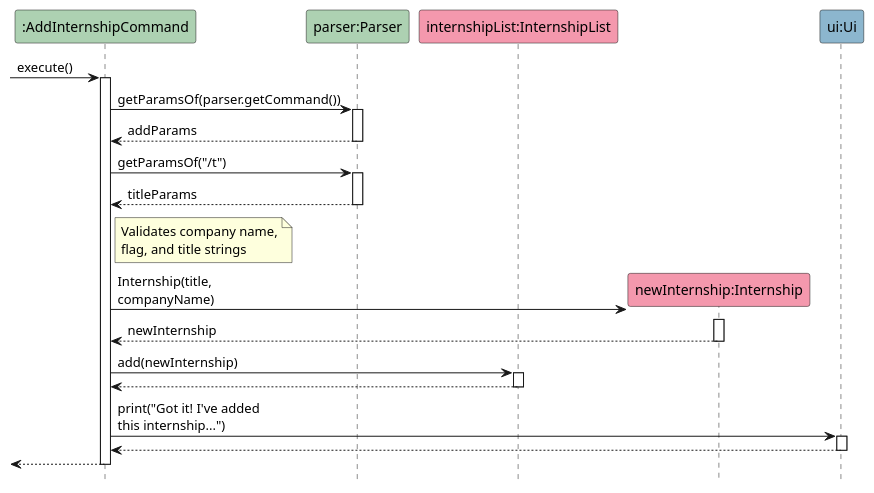
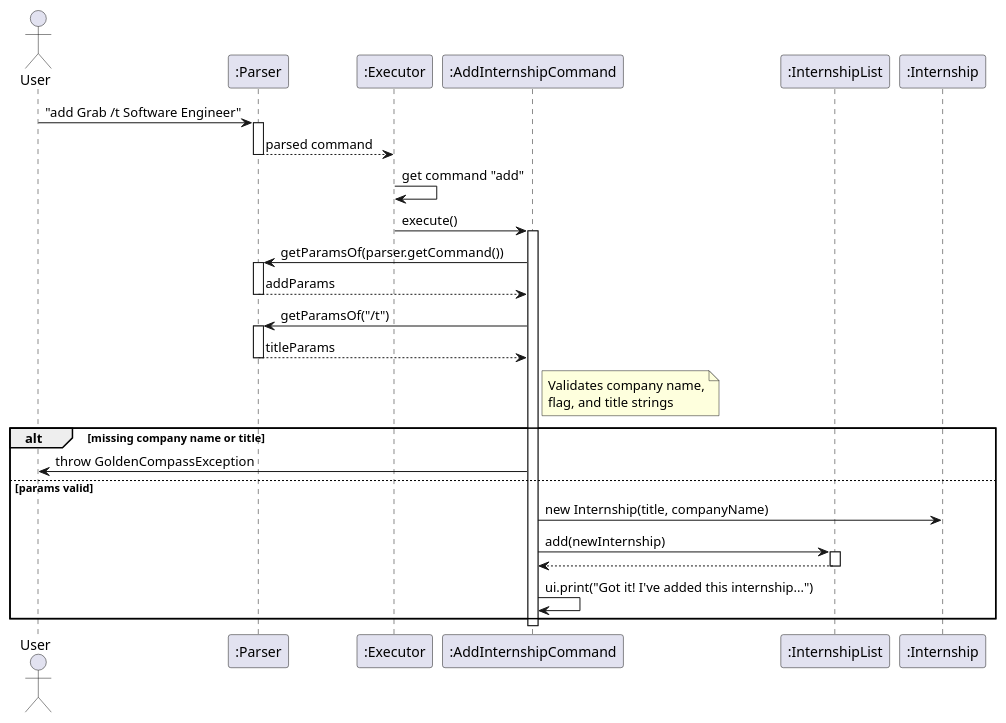
The diagram in docs/diagrams/AddInternshipCommandSequenceDiagram.puml (AY2526S2-CS2113-W10-4/tp), drawn with PlantUML before and after one commit. The commit also changed 11 other files, not shown here.

Commit message:
fixed sequence diagram format

```diff
--- a/docs/diagrams/AddInternshipCommandSequenceDiagram.puml
+++ b/docs/diagrams/AddInternshipCommandSequenceDiagram.puml
@@ -1,48 +1,45 @@
 @startuml
-hide footbox
-skinparam maxMessageSize 150
+actor User
+participant ":Parser" as Parser
+participant ":Executor" as Exec
+participant ":AddInternshipCommand" as Cmd
+participant ":InternshipList" as List
+participant ":Internship" as Intern
 
-participant ":AddInternshipCommand" as AddInternshipCommand #ADD1B2
-participant "parser:Parser" as Parser #ADD1B2
-participant "internshipList:InternshipList" as InternshipList #F498AD
-participant "newInternship:Internship" as Internship #F498AD
-participant "ui:Ui" as Ui #8CB6CE
-
-[-> AddInternshipCommand : execute()
-activate AddInternshipCommand
-
-AddInternshipCommand -> Parser : getParamsOf(parser.getCommand())
+User -> Parser : "add Grab /t Software Engineer"
 activate Parser
-Parser --> AddInternshipCommand : addParams
+Parser --> Exec : parsed command
 deactivate Parser
 
-AddInternshipCommand -> Parser : getParamsOf("/t")
+Exec -> Exec : get command "add"
+Exec -> Cmd : execute()
+activate Cmd
+
+Cmd -> Parser : getParamsOf(parser.getCommand())
 activate Parser
-Parser --> AddInternshipCommand : titleParams
+Parser --> Cmd : addParams
 deactivate Parser
 
-note right of AddInternshipCommand
-  Validates company name,
-  flag, and title strings
-end note
+Cmd -> Parser : getParamsOf("/t")
+activate Parser
+Parser --> Cmd : titleParams
+deactivate Parser
 
-create Internship
-AddInternshipCommand -> Internship : Internship(title, companyName)
-activate Internship
-Internship --> AddInternshipCommand : newInternship
-deactivate Internship
+note right of Cmd : Validates company name,\nflag, and title strings
 
-AddInternshipCommand -> InternshipList : add(newInternship)
-activate InternshipList
-InternshipList --> AddInternshipCommand
-deactivate InternshipList
+alt missing company name or title
+    Cmd -> User : throw GoldenCompassException
+else params valid
+    create "newInternship:Internship" as Intern
+    Cmd -> Intern : new Internship(title, companyName)
 
-AddInternshipCommand -> Ui : print("Got it! I've added this internship...")
-activate Ui
-Ui --> AddInternshipCommand
-deactivate Ui
+    Cmd -> List : add(newInternship)
+    activate List
+    List --> Cmd
+    deactivate List
 
-[<-- AddInternshipCommand
-deactivate AddInternshipCommand
+    Cmd -> Cmd : ui.print("Got it! I've added this internship...")
+end
 
+deactivate Cmd
 @enduml
```
